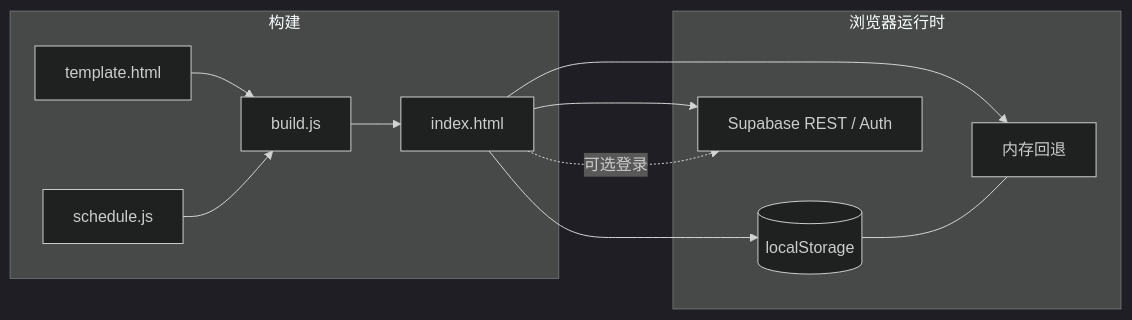
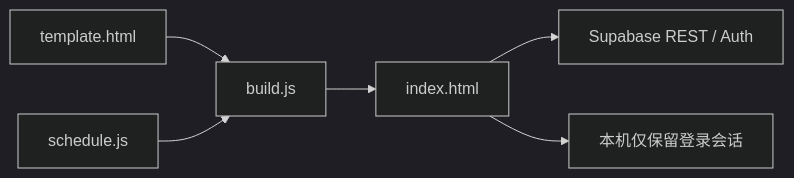
One commit to hi-vic-vic/yimiaojilu changed the diagram in README.md. Above: the diagram before and after it, drawn with Mermaid (dark theme). The commit also changed other lines of this file and 4 other files, not shown here.

````diff
--- a/README.md
+++ b/README.md
@@ -41,18 +41,8 @@
 ```mermaid
 flowchart LR
-  subgraph build [构建]
-    T[template.html]
-    S[schedule.js]
-    B[build.js]
-    T --> B
-    S --> B
-    B --> I[index.html]
-  end
-  subgraph runtime [浏览器运行时]
-    I --> LS[(localStorage)]
-    I --> MEM[内存回退]
-    I --> SB[Supabase REST / Auth]
-  end
-  LS --- MEM
-  I -. 可选登录 .-> SB
+  T[template.html] --> B[build.js]
+  S[schedule.js] --> B
+  B --> I[index.html]
+  I --> SB[Supabase REST / Auth]
+  I --> AUTH[本机仅保留登录会话]
 ```
````
